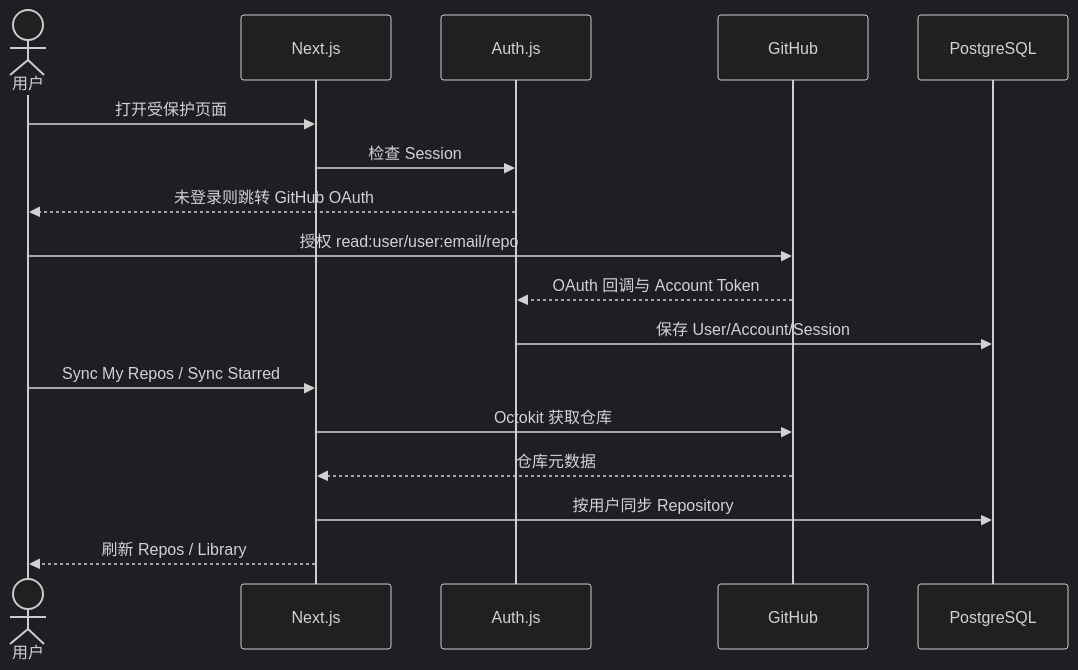
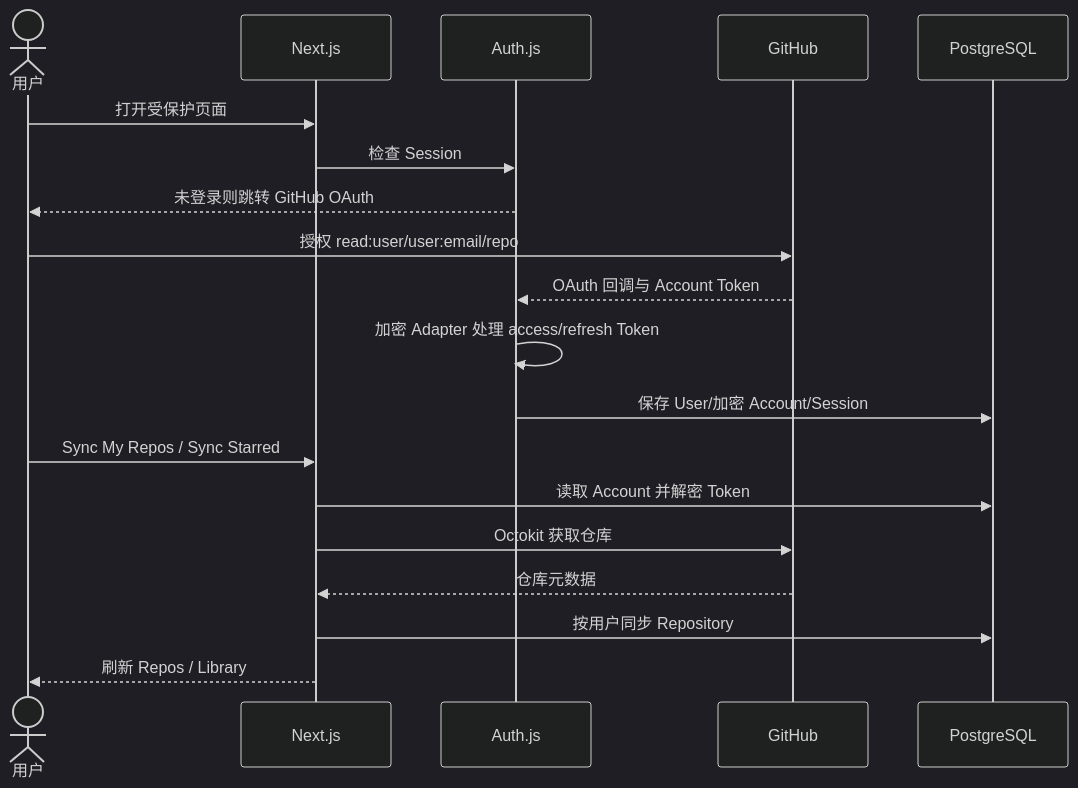
The second of 4 diagrams in docs/PROJECT_MAINTENANCE_GUIDE.md (zhongli369/github-knowledge-hub), drawn with Mermaid (dark theme) before and after one commit. The commit also changed other lines of this file and 3 other files, not shown here.

````diff
--- a/docs/PROJECT_MAINTENANCE_GUIDE.md
+++ b/docs/PROJECT_MAINTENANCE_GUIDE.md
@@ -162,20 +188,22 @@
 ```mermaid
 sequenceDiagram
     actor User as 用户
     participant Web as Next.js
     participant Auth as Auth.js
     participant GitHub as GitHub
     participant DB as PostgreSQL
 
     User->>Web: 打开受保护页面
     Web->>Auth: 检查 Session
     Auth-->>User: 未登录则跳转 GitHub OAuth
     User->>GitHub: 授权 read:user/user:email/repo
     GitHub-->>Auth: OAuth 回调与 Account Token
-    Auth->>DB: 保存 User/Account/Session
+    Auth->>Auth: 加密 Adapter 处理 access/refresh Token
+    Auth->>DB: 保存 User/加密 Account/Session
     User->>Web: Sync My Repos / Sync Starred
+    Web->>DB: 读取 Account 并解密 Token
     Web->>GitHub: Octokit 获取仓库
     GitHub-->>Web: 仓库元数据
     Web->>DB: 按用户同步 Repository
     Web-->>User: 刷新 Repos / Library
 ```
````
